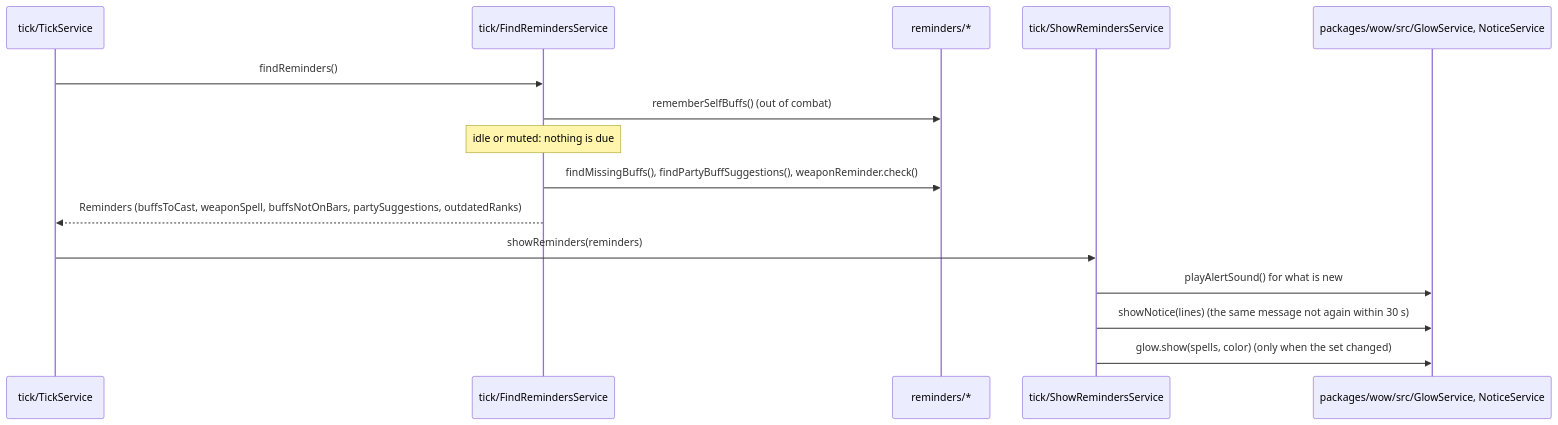
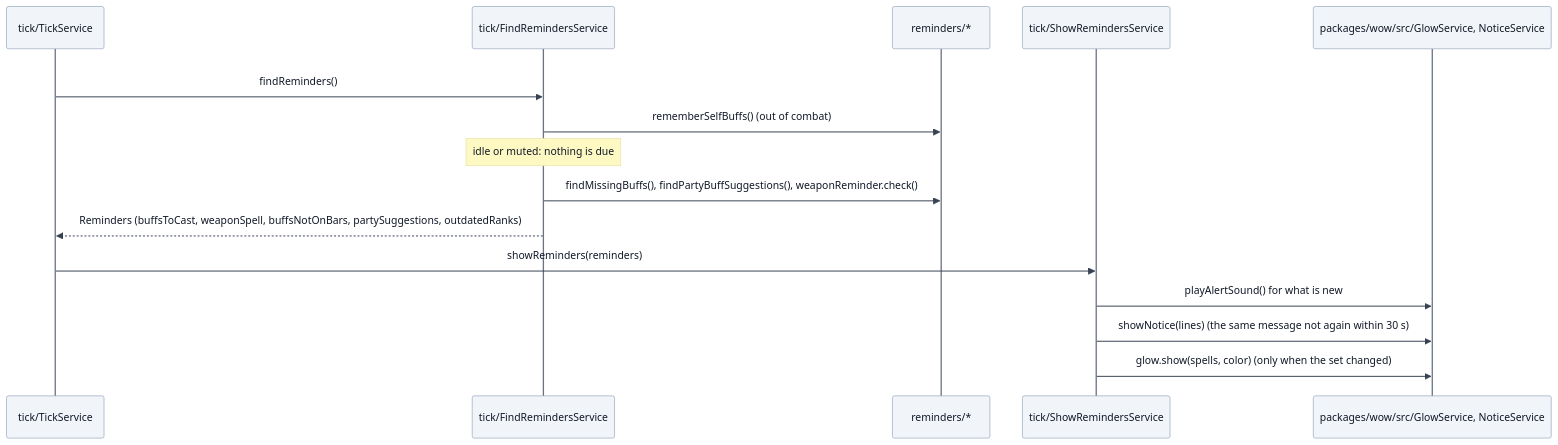
The seventh of 7 diagrams in docs/architecture.md (vattiss/wowkit), drawn with Mermaid before and after one commit. The commit also changed other lines of this file and 39 other files, not shown here.

First line of the commit message:
docs: show the design patterns in the diagrams, on a light background

````diff
--- a/docs/architecture.md
+++ b/docs/architecture.md
@@ -308,18 +332,21 @@
 ```mermaid
+%%{init: {"theme": "base", "themeVariables": {"background": "#ffffff", "lineColor": "#6b7280", "textColor": "#111827", "primaryColor": "#f1f5f9", "primaryTextColor": "#111827", "primaryBorderColor": "#94a3b8", "secondaryColor": "#e2e8f0", "tertiaryColor": "#ffffff", "edgeLabelBackground": "#ffffff", "clusterBkg": "#ffffff", "clusterBorder": "#d1d5db", "actorBkg": "#f1f5f9", "actorTextColor": "#111827", "actorBorder": "#94a3b8", "actorLineColor": "#6b7280", "signalColor": "#374151", "signalTextColor": "#111827", "noteBkgColor": "#fef9c3", "noteTextColor": "#111827"}}}%%
 sequenceDiagram
     participant Tick as tick/TickService
     participant Find as tick/FindRemindersService
     participant Logic as reminders/*
     participant Show as tick/ShowRemindersService
     participant Screen as packages/wow/src/GlowService, NoticeService
 
-    Tick->>Find: findReminders()
-    Find->>Logic: rememberSelfBuffs() (out of combat)
-    Note over Find: idle or muted: nothing is due
-    Find->>Logic: findMissingBuffs(), findPartyBuffSuggestions(), weaponReminder.check()
-    Find-->>Tick: Reminders (buffsToCast, weaponSpell, buffsNotOnBars, partySuggestions, outdatedRanks)
-    Tick->>Show: showReminders(reminders)
-    Show->>Screen: playAlertSound() for what is new
-    Show->>Screen: showNotice(lines) (the same message not again within 30 s)
-    Show->>Screen: glow.show(spells, color) (only when the set changed)
+    rect rgb(255, 255, 255)
+        Tick->>Find: findReminders()
+        Find->>Logic: rememberSelfBuffs() (out of combat)
+        Note over Find: idle or muted: nothing is due
+        Find->>Logic: findMissingBuffs(), findPartyBuffSuggestions(), weaponReminder.check()
+        Find-->>Tick: Reminders (buffsToCast, weaponSpell, buffsNotOnBars, partySuggestions, outdatedRanks)
+        Tick->>Show: showReminders(reminders)
+        Show->>Screen: playAlertSound() for what is new
+        Show->>Screen: showNotice(lines) (the same message not again within 30 s)
+        Show->>Screen: glow.show(spells, color) (only when the set changed)
+    end
 ```
````
